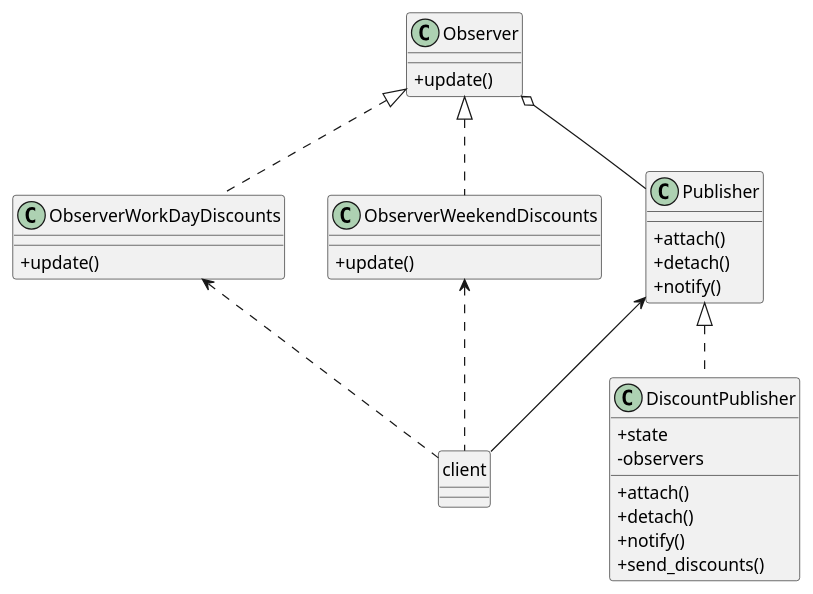
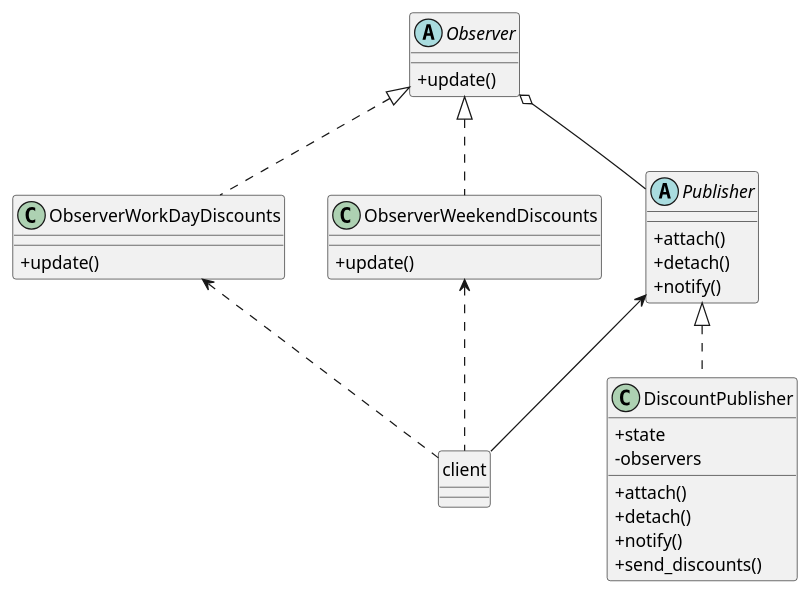
Before and after one commit to VolleyballPlayer/design-patterns: the diagram in docs/source/pattern_description/observer.rst, drawn with PlantUML. The commit also changed 4 other files, not shown here.

```diff
--- a/docs/source/pattern_description/observer.rst
+++ b/docs/source/pattern_description/observer.rst
@@ -99,48 +99,48 @@
 .. uml::
 
     @startuml
 
         skinparam classAttributeIconSize 0
 
         ObserverWorkDayDiscounts <.. client
         ObserverWeekendDiscounts <.. client
 
         Publisher <-- client
 
         Publisher <|.. DiscountPublisher
 
         Observer <|.. ObserverWorkDayDiscounts
         Observer <|.. ObserverWeekendDiscounts
 
         Observer o-- Publisher
 
-        class Observer {
+        abstract class Observer {
         + update()
         }
 
         class ObserverWorkDayDiscounts {
         + update()
         }
 
         class ObserverWeekendDiscounts {
         + update()
         }
 
-        class Publisher {
+        abstract class Publisher {
         + attach()
         + detach()
         + notify()
         }
 
         class DiscountPublisher {
         + state
         - observers
         + attach()
         + detach()
         + notify()
         + send_discounts()
         }
 
         hide client circle
 
     @enduml
```
